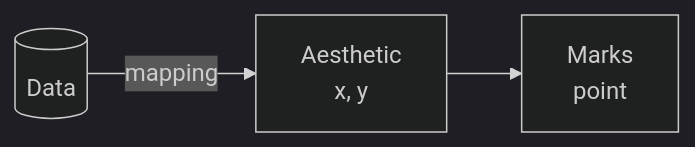
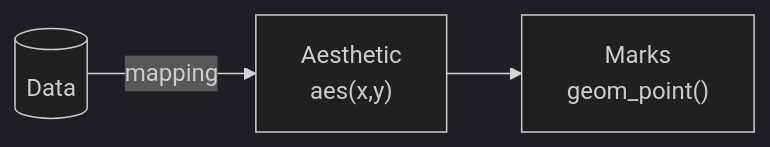
One commit to datakruroo/datakruroo.github.io changed the third of 4 diagrams in DataVisualization/week02/basic_ggplot2.qmd. Above: the diagram before and after it, drawn with Mermaid (dark theme). The commit also changed other lines of this file and 3 other files, not shown here.

````diff
--- a/DataVisualization/week02/basic_ggplot2.qmd
+++ b/DataVisualization/week02/basic_ggplot2.qmd
@@ -329,8 +329,8 @@
 ```{mermaid}
 %%| echo: false
 
 graph LR
-A[(Data)] --mapping--> B[Aesthetic \n x, y]
-B --> C[Marks \n point]
+A[(Data)] --mapping--> B["Aesthetic \n aes(x,y)"]
+B --> C["Marks \n geom_point()"]
 
 ```
````
